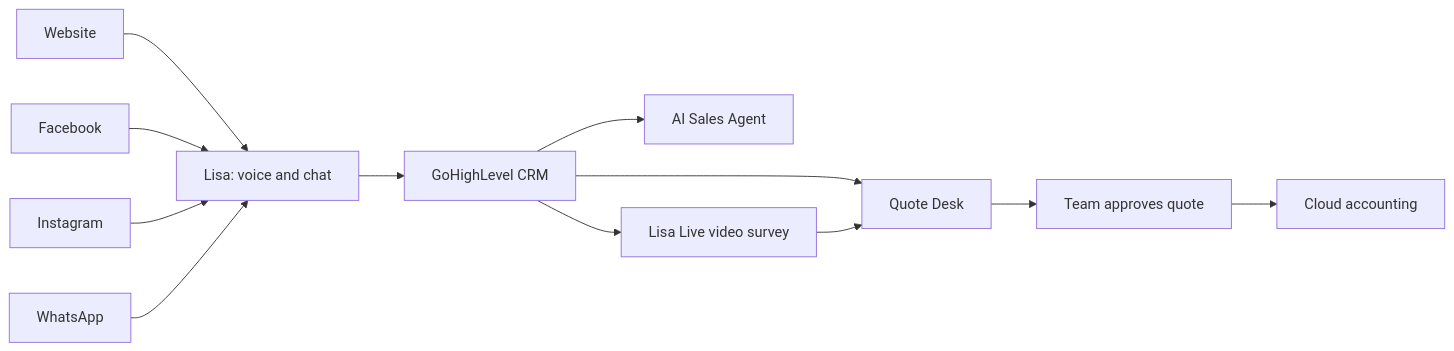
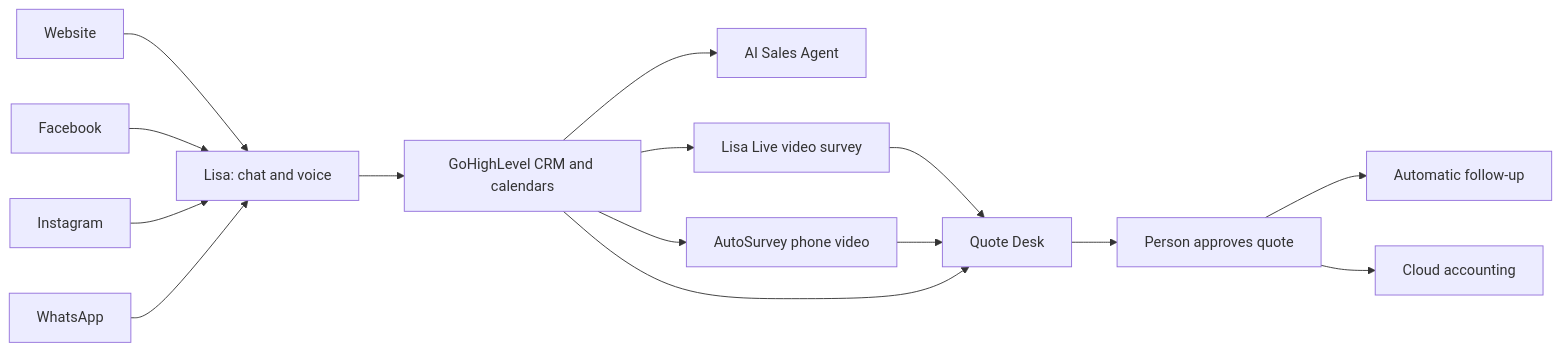
One commit to dwadlane/ai-sales-system-moving-company changed the diagram in README.md. Above: the diagram before and after it, drawn with Mermaid. The commit also changed other lines of this file and 15 other files, not shown here.

````diff
--- a/README.md
+++ b/README.md
@@ -39,14 +42,17 @@
 ```mermaid
 flowchart LR
-  W[Website] --> L[Lisa: voice and chat]
+  W[Website] --> L["Lisa: chat and voice"]
   F[Facebook] --> L
   I[Instagram] --> L
   WA[WhatsApp] --> L
-  L --> CRM[GoHighLevel CRM]
+  L --> CRM["GoHighLevel CRM and calendars"]
   CRM --> SA[AI Sales Agent]
-  CRM --> QD[Quote Desk]
-  QD --> T[Team approves quote]
   CRM --> V[Lisa Live video survey]
-  V --> QD
+  CRM --> AS[AutoSurvey phone video]
+  V --> QD[Quote Desk]
+  AS --> QD
+  CRM --> QD
+  QD --> T[Person approves quote]
+  T --> FU[Automatic follow-up]
   T --> ACC[Cloud accounting]
 ```
````
